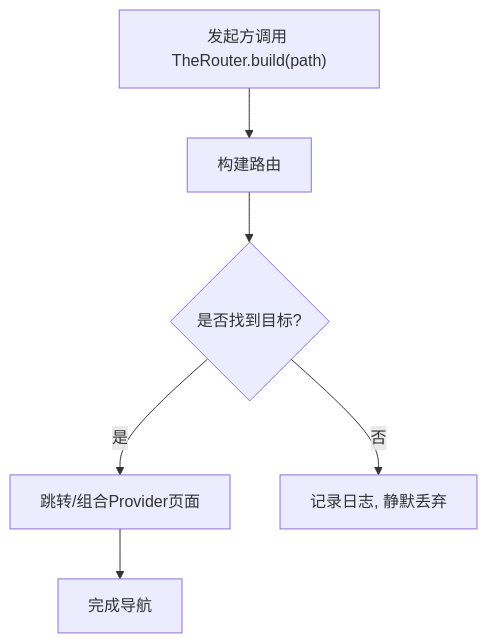
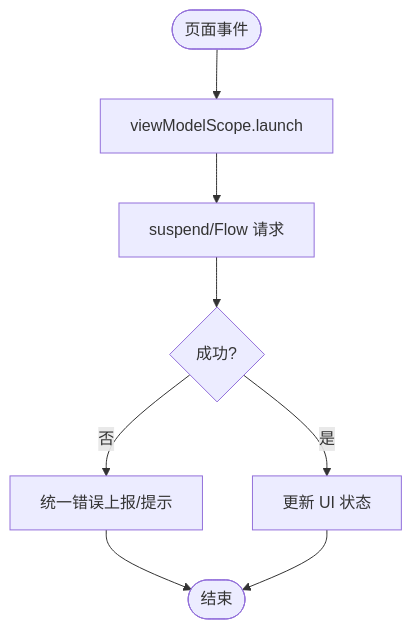
The sixth of 8 diagrams in .qoder/repowiki/zh/content/架构设计/架构设计.md (xrn1997/android-ebook), drawn with Mermaid before and after one commit. The commit also changed other lines of this file and 544 other files, not shown here.

````diff
--- a/.qoder/repowiki/zh/content/架构设计/架构设计.md
+++ b/.qoder/repowiki/zh/content/架构设计/架构设计.md
@@ -172,8 +239,10 @@
 ```mermaid
 flowchart TD
-  Start["发起方调用 TheRouter.build(path)"] --> Build["构建路由"]
-  Build --> Nav{"是否找到目标?"}
-  Nav -->|是| Go["跳转/组合Provider页面"]
-  Nav -->|否| Log["记录日志, 静默丢弃"]
-  Go --> End["完成导航"]
+    Start(["页面事件"]) --> Launch["viewModelScope.launch"]
+    Launch --> Fetch["suspend/Flow 请求"]
+    Fetch --> Handle{"成功?"}
+    Handle -- 否 --> Error["统一错误上报/提示"]
+    Handle -- 是 --> Update["更新 UI 状态"]
+    Error --> End(["结束"])
+    Update --> End
 ```
````
